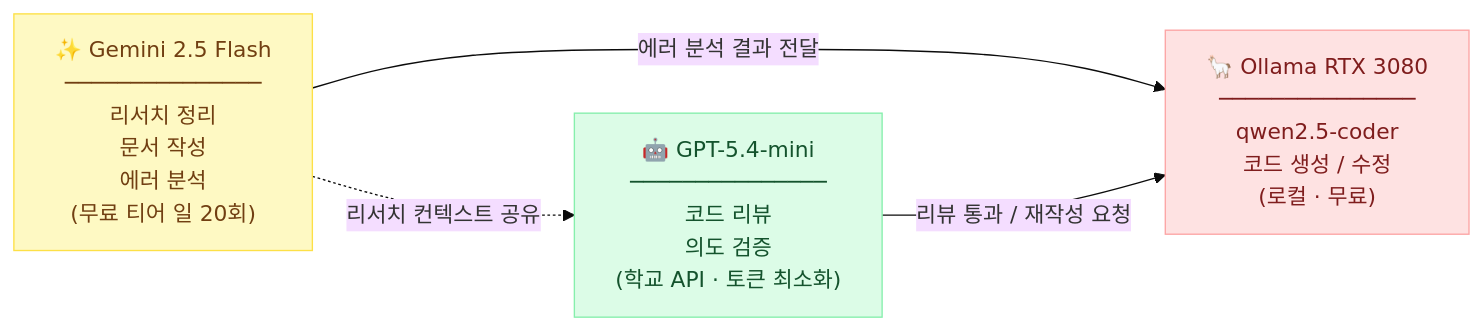
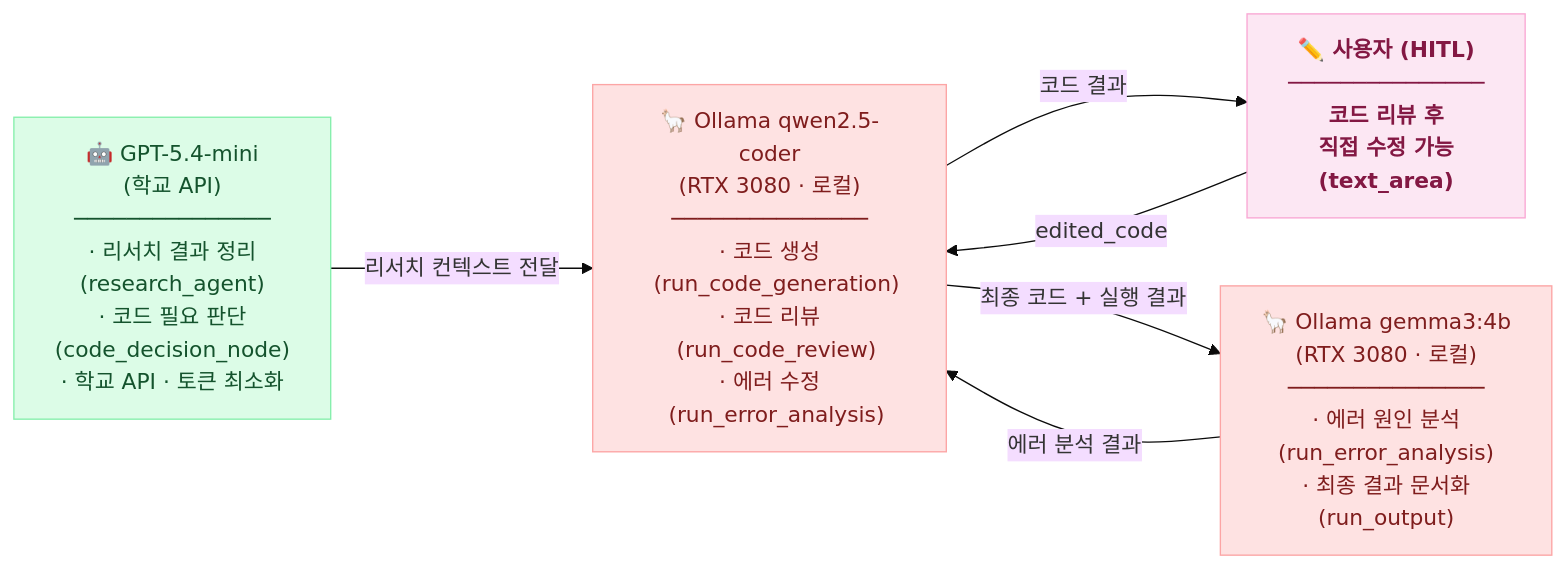
Before and after one commit to kuro-0211/auto-vibe-coding: the diagram in architecture/architecture_ai.mermaid, drawn with Mermaid (base theme). The commit also changed 9 other files, not shown here.

```diff
--- a/architecture/architecture_ai.mermaid
+++ b/architecture/architecture_ai.mermaid
@@ -1,12 +1,18 @@
 flowchart LR
-    G["✨ Gemini 2.5 Flash\n───────────────\n리서치 정리\n문서 작성\n에러 분석\n(무료 티어 일 20회)"]:::gemini
-    P["🤖 GPT-5.4-mini\n───────────────\n코드 리뷰\n의도 검증\n(학교 API · 토큰 최소화)"]:::gpt
-    O["🦙 Ollama  RTX 3080\n───────────────\nqwen2.5-coder\n코드 생성 / 수정\n(로컬 · 무료)"]:::ollama
+    P["🤖 GPT-5.4-mini\n(학교 API)\n───────────────\n· 리서치 결과 정리\n  (research_agent)\n· 코드 필요 판단\n  (code_decision_node)\n· 학교 API · 토큰 최소화"]:::gpt
 
-    G -- "에러 분석 결과 전달" --> O
-    P -- "리뷰 통과 / 재작성 요청" --> O
-    G -. "리서치 컨텍스트 공유" .-> P
+    O_CODER["🦙 Ollama qwen2.5-coder\n(RTX 3080 · 로컬)\n───────────────\n· 코드 생성\n  (run_code_generation)\n· 코드 리뷰\n  (run_code_review)\n· 에러 수정\n  (run_error_analysis)"]:::ollama
 
-    classDef gemini    fill:#fef9c3,stroke:#fde047,color:#713f12
-    classDef gpt       fill:#dcfce7,stroke:#86efac,color:#14532d
-    classDef ollama    fill:#fee2e2,stroke:#fca5a5,color:#7f1d1d
+    O_GEMMA["🦙 Ollama gemma3:4b\n(RTX 3080 · 로컬)\n───────────────\n· 에러 원인 분석\n  (run_error_analysis)\n· 최종 결과 문서화\n  (run_output)"]:::ollama
+
+    USER["✏️ 사용자 (HITL)\n───────────────\n코드 리뷰 후\n직접 수정 가능\n(text_area)"]:::user
+
+    P -- "리서치 컨텍스트 전달" --> O_CODER
+    O_CODER -- "코드 결과" --> USER
+    USER -- "edited_code" --> O_CODER
+    O_GEMMA -- "에러 분석 결과" --> O_CODER
+    O_CODER -- "최종 코드 + 실행 결과" --> O_GEMMA
+
+    classDef gpt    fill:#dcfce7,stroke:#86efac,color:#14532d
+    classDef ollama fill:#fee2e2,stroke:#fca5a5,color:#7f1d1d
+    classDef user   fill:#fce7f3,stroke:#f9a8d4,color:#831843,font-weight:bold
```
